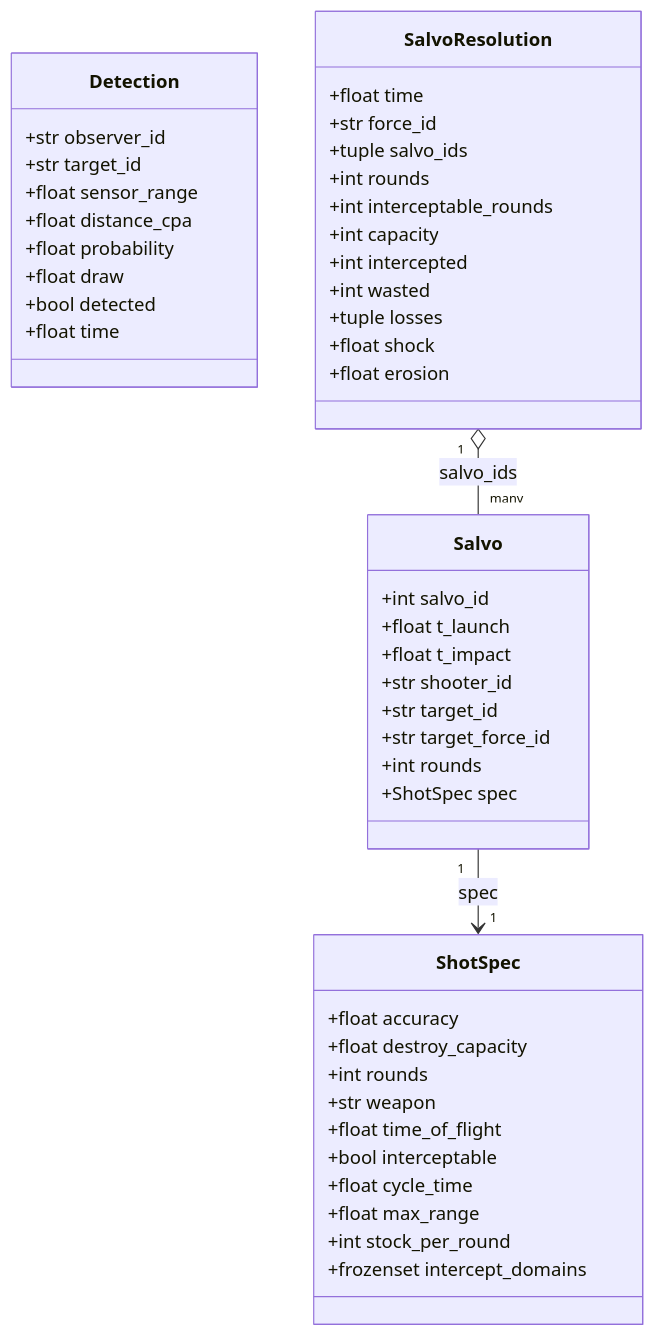
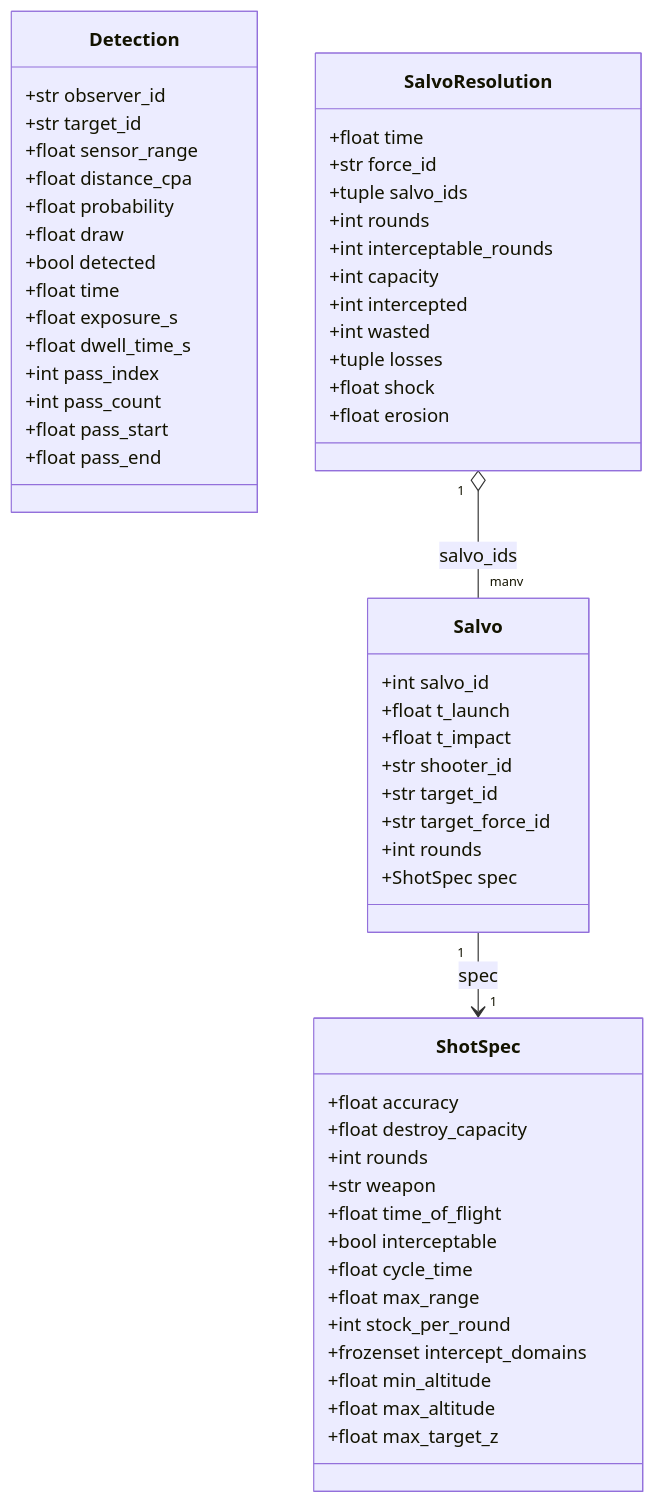
Before and after one commit to MakusIV/Warfare-Model: the first of 27 diagrams in Analysis/Document/Manuale_Motore_DES/05_Strato2_Risolutore_Ingaggio.md, drawn with Mermaid. The commit also changed other lines of this file and 11 other files, not shown here.

````diff
--- a/Analysis/Document/Manuale_Motore_DES/05_Strato2_Risolutore_Ingaggio.md
+++ b/Analysis/Document/Manuale_Motore_DES/05_Strato2_Risolutore_Ingaggio.md
@@ -576,54 +640,63 @@
 ```mermaid
 classDiagram
     class ShotSpec {
         +float accuracy
         +float destroy_capacity
         +int rounds
         +str weapon
         +float time_of_flight
         +bool interceptable
         +float cycle_time
         +float max_range
         +int stock_per_round
         +frozenset intercept_domains
+        +float min_altitude
+        +float max_altitude
+        +float max_target_z
     }
 
     class Detection {
         +str observer_id
         +str target_id
         +float sensor_range
         +float distance_cpa
         +float probability
         +float draw
         +bool detected
         +float time
+        +float exposure_s
+        +float dwell_time_s
+        +int pass_index
+        +int pass_count
+        +float pass_start
+        +float pass_end
     }
 
     class Salvo {
         +int salvo_id
         +float t_launch
         +float t_impact
         +str shooter_id
         +str target_id
         +str target_force_id
         +int rounds
         +ShotSpec spec
     }
 
     class SalvoResolution {
         +float time
         +str force_id
         +tuple salvo_ids
         +int rounds
         +int interceptable_rounds
         +int capacity
         +int intercepted
         +int wasted
         +tuple losses
         +float shock
         +float erosion
     }
 
     Salvo "1" --> "1" ShotSpec : spec
     SalvoResolution "1" o-- "many" Salvo : salvo_ids
 ```
````
